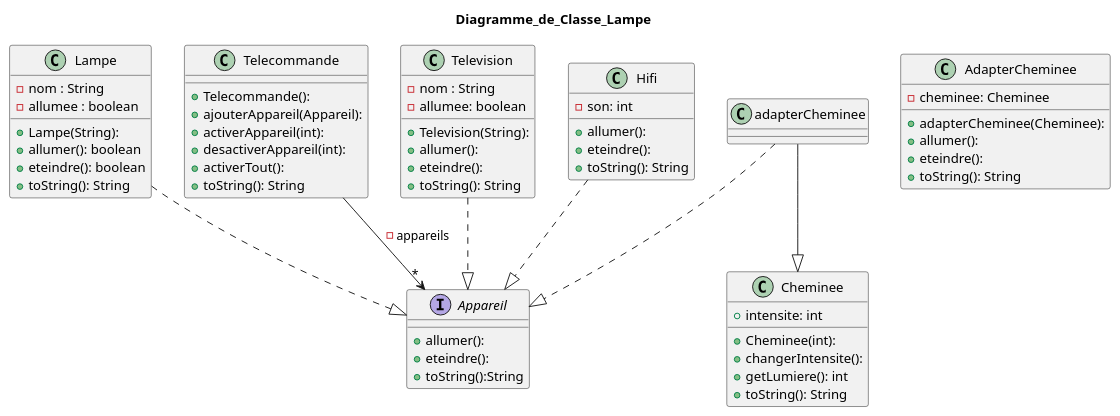
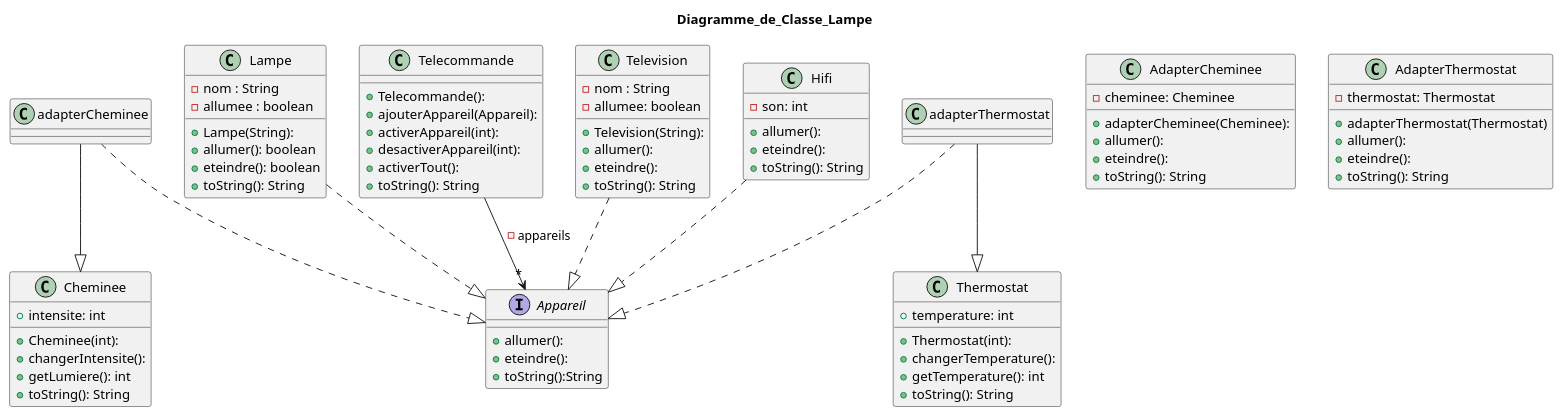
One commit to KeasCrimson/2026_coo_domotique.chaty.delvaux changed the diagram in New_DiagrammeDeClasseTelecommande.wsd. Above: the diagram before and after it, drawn with PlantUML.

Commit message:
Ajout des classes adapterThermostat et Thermostat dans le schema

```diff
--- a/New_DiagrammeDeClasseTelecommande.wsd
+++ b/New_DiagrammeDeClasseTelecommande.wsd
@@ -1,71 +1,89 @@
 @startuml
 title Diagramme_de_Classe_Lampe
 
 class Lampe{
     -nom : String
     -allumee : boolean
 
     +Lampe(String):
     +allumer(): boolean
     +eteindre(): boolean
     +toString(): String
 }
 
 interface Appareil{
     +allumer():
     +eteindre():
     +toString():String
 }
 
 
 class Telecommande{
     +Telecommande():
     +ajouterAppareil(Appareil):
     +activerAppareil(int):
     +desactiverAppareil(int):
     +activerTout():
     +toString(): String
 }
 
 class Television{
     -nom : String
     -allumee: boolean
 
     +Television(String):
     +allumer():
     +eteindre():
     +toString(): String
 }
 
 class Hifi{
     -son: int
 
     +allumer():
     +eteindre():
     +toString(): String
 }
 class Cheminee {
     +intensite: int
     
     +Cheminee(int):
     +changerIntensite():
     +getLumiere(): int
     +toString(): String
 }
 class AdapterCheminee{
     -cheminee: Cheminee
 
     +adapterCheminee(Cheminee):
     +allumer():
     +eteindre():
     +toString(): String
 }
+class Thermostat {
+    +temperature: int
+
+    +Thermostat(int):
+    +changerTemperature():
+    +getTemperature(): int
+    +toString(): String
+}
+class AdapterThermostat{
+    -thermostat: Thermostat
+
+    +adapterThermostat(Thermostat)
+    +allumer():
+    +eteindre():
+    +toString(): String
+}
 
 Lampe..|> Appareil
 Hifi..|> Appareil
 Telecommande-->"*"Appareil: -appareils
 Television..|>Appareil
 adapterCheminee..|> Appareil
 adapterCheminee--|> Cheminee
+adapterThermostat..|> Appareil
+adapterThermostat--|> Thermostat
 
 @enduml
```
